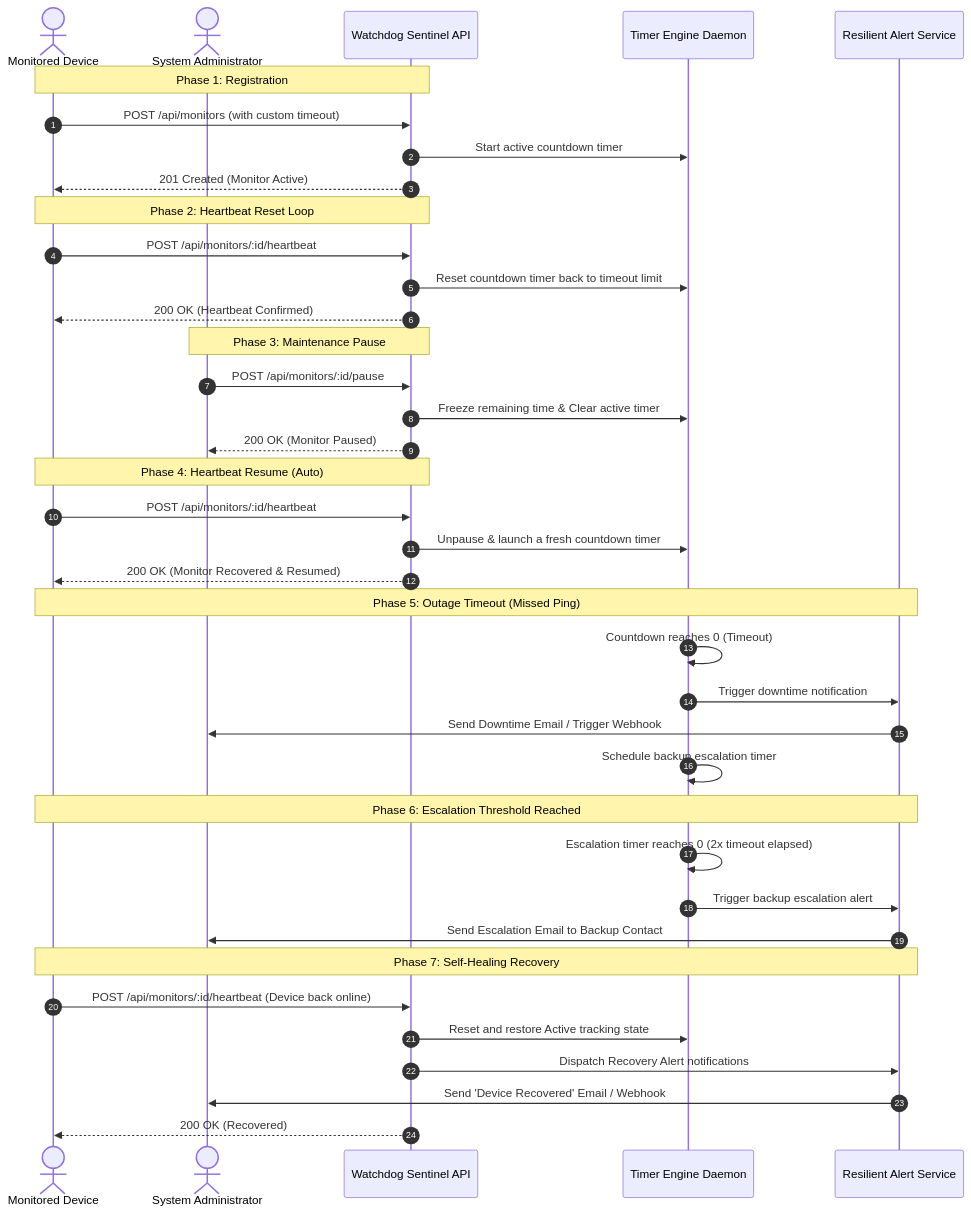
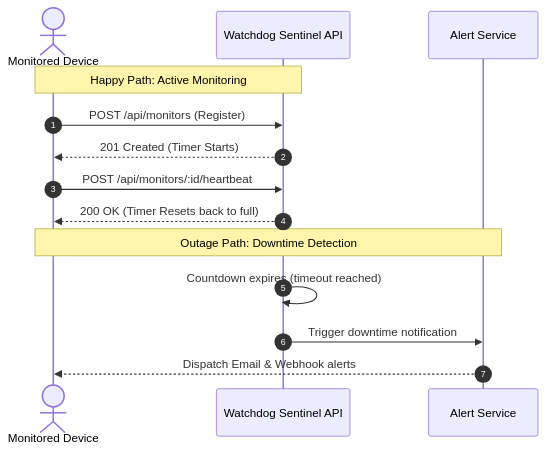
One commit to JoshNuku/Pulse-Check-API changed the first of 2 diagrams in README.md. Above: the diagram before and after it, drawn with Mermaid.

Commit message:
docs: simplify sequence diagram to high-level core operations

````diff
--- a/README.md
+++ b/README.md
@@ -49,47 +49,19 @@
 ```mermaid
 sequenceDiagram
     autonumber
     actor Device as Monitored Device
-    actor Admin as System Administrator
     participant API as Watchdog Sentinel API
-    participant Timer as Timer Engine Daemon
-    participant Alerts as Resilient Alert Service
+    participant Alerts as Alert Service
 
-    Note over Device, API: Phase 1: Registration
-    Device ->> API: POST /api/monitors (with custom timeout)
-    API ->> Timer: Start active countdown timer
-    API -->> Device: 201 Created (Monitor Active)
+    Note over Device, API: Happy Path: Active Monitoring
+    Device ->> API: POST /api/monitors (Register)
+    API -->> Device: 201 Created (Timer Starts)
+    
+    Device ->> API: POST /api/monitors/:id/heartbeat
+    API -->> Device: 200 OK (Timer Resets back to full)
 
-    Note over Device, API: Phase 2: Heartbeat Reset Loop
-    Device ->> API: POST /api/monitors/:id/heartbeat
-    API ->> Timer: Reset countdown timer back to timeout limit
-    API -->> Device: 200 OK (Heartbeat Confirmed)
-
-    Note over Admin, API: Phase 3: Maintenance Pause
-    Admin ->> API: POST /api/monitors/:id/pause
-    API ->> Timer: Freeze remaining time & Clear active timer
-    API -->> Admin: 200 OK (Monitor Paused)
-
-    Note over Device, API: Phase 4: Heartbeat Resume (Auto)
-    Device ->> API: POST /api/monitors/:id/heartbeat
-    API ->> Timer: Unpause & launch a fresh countdown timer
-    API -->> Device: 200 OK (Monitor Recovered & Resumed)
-
-    Note over Device, Alerts: Phase 5: Outage Timeout (Missed Ping)
-    Timer ->> Timer: Countdown reaches 0 (Timeout)
-    Timer ->> Alerts: Trigger downtime notification
-    Alerts ->> Admin: Send Downtime Email / Trigger Webhook
-    Timer ->> Timer: Schedule backup escalation timer
-
-    Note over Device, Alerts: Phase 6: Escalation Threshold Reached
-    Timer ->> Timer: Escalation timer reaches 0 (2x timeout elapsed)
-    Timer ->> Alerts: Trigger backup escalation alert
-    Alerts ->> Admin: Send Escalation Email to Backup Contact
-
-    Note over Device, Alerts: Phase 7: Self-Healing Recovery
-    Device ->> API: POST /api/monitors/:id/heartbeat (Device back online)
-    API ->> Timer: Reset and restore Active tracking state
-    API ->> Alerts: Dispatch Recovery Alert notifications
-    Alerts ->> Admin: Send 'Device Recovered' Email / Webhook
-    API -->> Device: 200 OK (Recovered)
+    Note over Device, Alerts: Outage Path: Downtime Detection
+    API ->> API: Countdown expires (timeout reached)
+    API ->> Alerts: Trigger downtime notification
+    Alerts -->> Device: Dispatch Email & Webhook alerts
 ```
````
